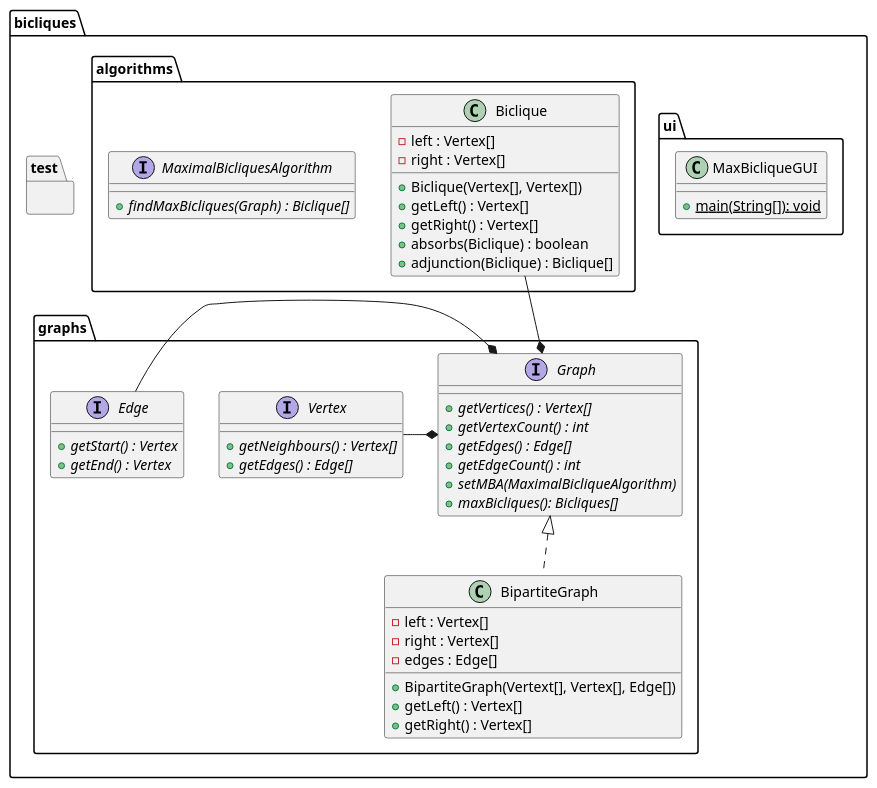
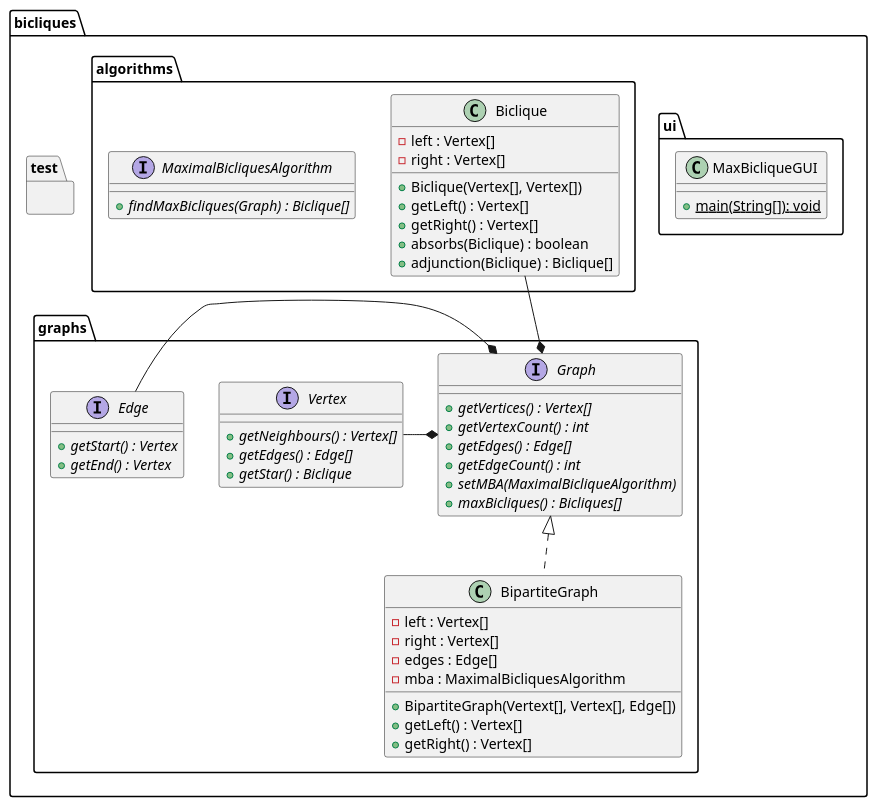
One commit to wirmius/max_bicliques changed the diagram in class_diagram.puml. Above: the diagram before and after it, drawn with PlantUML.

Commit message:
class diagram: getStar() added in interface Vertex

```diff
--- a/class_diagram.puml
+++ b/class_diagram.puml
@@ -19,106 +19,108 @@
 @startuml
 
 package bicliques {
 
 ' The graph section
 package bicliques.graphs {
 
   interface Graph {
     {method}{abstract} + getVertices() : Vertex[]
     {method}{abstract} + getVertexCount() : int
     {method}{abstract} + getEdges() : Edge[]
     {method}{abstract} + getEdgeCount() : int
     {method}{abstract} + setMBA(MaximalBicliqueAlgorithm)
-    {method}{abstract} + maxBicliques(): Bicliques[]
+    {method}{abstract} + maxBicliques() : Bicliques[]
   }
 
   interface Vertex {
     {method}{abstract} + getNeighbours() : Vertex[]
     {method}{abstract} + getEdges() : Edge[]
+    {method}{abstract} + getStar() : Biclique
   }
   
   interface Edge {
     {method}{abstract} + getStart() : Vertex
     {method}{abstract} + getEnd() : Vertex
   }
 
   Vertex -* Graph
   Edge -* Graph
   
   class BipartiteGraph {
     {field} - left : Vertex[]
     {field} - right : Vertex[]
     {field} - edges : Edge[]
+    {field} - mba : MaximalBicliquesAlgorithm
     {method} + BipartiteGraph(Vertext[], Vertex[], Edge[])
     {method} + getLeft() : Vertex[]
     {method} + getRight() : Vertex[]
   }
   
   Graph <|.. BipartiteGraph
   
 }
 
 
 ' The UI section
 package bicliques.ui {
 
 /'
 For the UI part I say we need to come up with something, that can read in
 the text files (I don't want to be copying and pasting stuff in the windows
 every time I use it). - MI.
 
 So do I. In my suggested screenshot of a possible UI the menu would provide
 - Input: load (from file) or from input in window
 - Output: save (to file)
 - Algorithm: choose between several implemented ones
 - Help: Description of algorithms and the common "About".
 -RK
 '/
 
   class MaxBicliqueGUI {
     {method}{static} + main(String[]): void
   }
 }
 
 ' The algorithms section
 package bicliques.algorithms {
 
   class Biclique {
     {field} - left : Vertex[]
     {field} - right : Vertex[]
 /'
 Why should we need access to a graph from a biclique? -RK
 '    {field} - graph : Graph
 '/
 	{method} + Biclique(Vertex[], Vertex[])
     {method} + getLeft() : Vertex[]
     {method} + getRight() : Vertex[]
 /'
 Why should we need access to a graph from a biclique? -RK
 '    {method} + getGraph() : Graph[] --o Graph
 '/
     {method} + absorbs(Biclique) : boolean
     {method} + adjunction(Biclique) : Biclique[]
   }
 
   Biclique --* Graph
 
   interface MaximalBicliquesAlgorithm {
     {method}{abstract} + findMaxBicliques(Graph) : Biclique[]
   }
 
 }
 
 package bicliques.test {
 
 /'
 The testing that we will need. I say we use junit 4 or 5
 to make it more streamlined. -MI
 I agree. -RK
 '/
 
 }
 
 }
 
 @enduml
```
